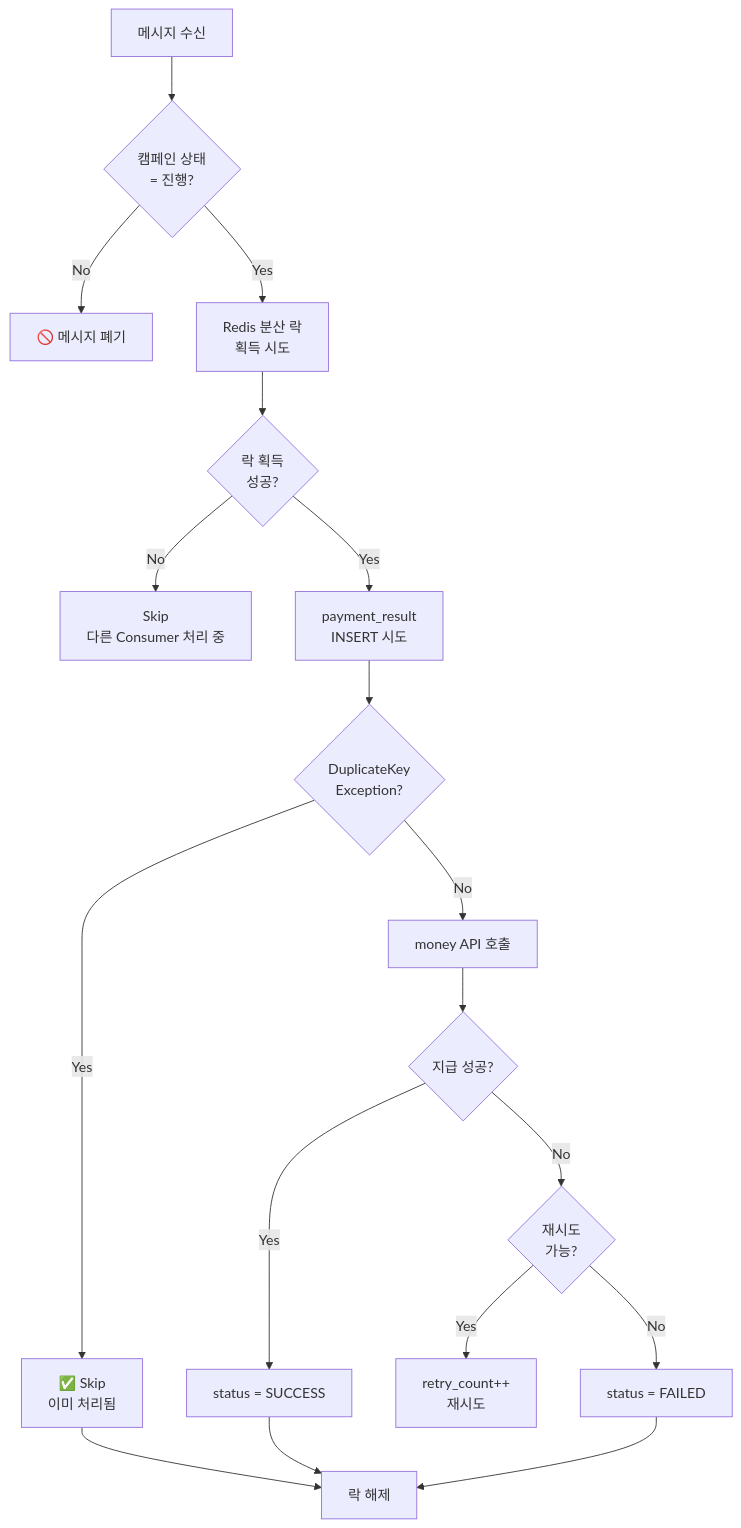
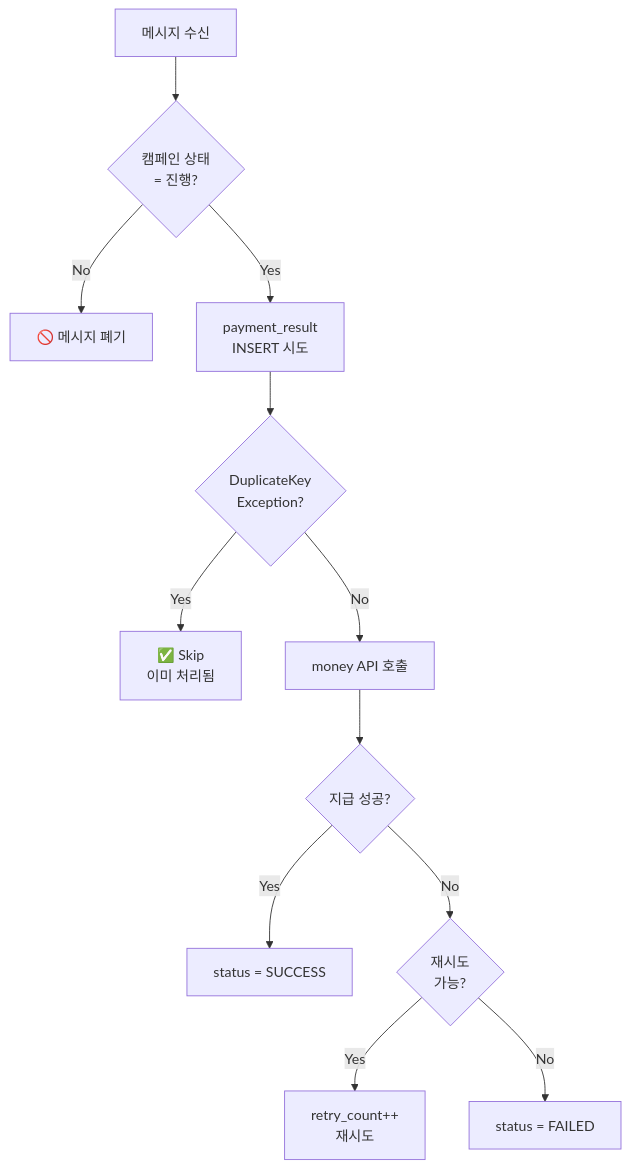
Before and after one commit to JiYoonKimjimmy/obsidian-vault: the fourth of 6 diagrams in 1. Project/2026_MP_대량 포인트 지급 시스템/02_Architecture.md, drawn with Mermaid. The commit also changed other lines of this file and 1 other file, not shown here.

````diff
--- a/1. Project/2026_MP_대량 포인트 지급 시스템/02_Architecture.md
+++ b/1. Project/2026_MP_대량 포인트 지급 시스템/02_Architecture.md
@@ -150,18 +142,14 @@
 ```mermaid
 flowchart TB
     A[메시지 수신] --> B{캠페인 상태<br/>= 진행?}
     B -->|No| C[🚫 메시지 폐기]
-    B -->|Yes| D[Redis 분산 락<br/>획득 시도]
-    D --> E{락 획득<br/>성공?}
-    E -->|No| F[Skip<br/>다른 Consumer 처리 중]
-    E -->|Yes| G[payment_result<br/>INSERT 시도]
-    G --> H{DuplicateKey<br/>Exception?}
-    H -->|Yes| I[✅ Skip<br/>이미 처리됨]
-    H -->|No| J[money API 호출]
-    J --> K{지급 성공?}
-    K -->|Yes| L[status = SUCCESS]
-    K -->|No| M{재시도<br/>가능?}
-    M -->|Yes| N[retry_count++<br/>재시도]
-    M -->|No| O[status = FAILED]
-    L & I & O --> P[락 해제]
+    B -->|Yes| D[payment_result<br/>INSERT 시도]
+    D --> E{DuplicateKey<br/>Exception?}
+    E -->|Yes| F[✅ Skip<br/>이미 처리됨]
+    E -->|No| G[money API 호출]
+    G --> H{지급 성공?}
+    H -->|Yes| I[status = SUCCESS]
+    H -->|No| J{재시도<br/>가능?}
+    J -->|Yes| K[retry_count++<br/>재시도]
+    J -->|No| L[status = FAILED]
 ```
````
